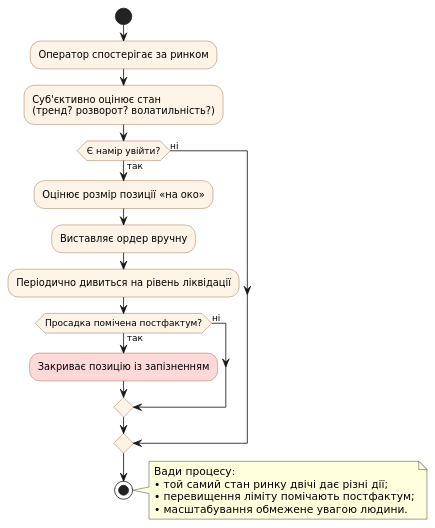
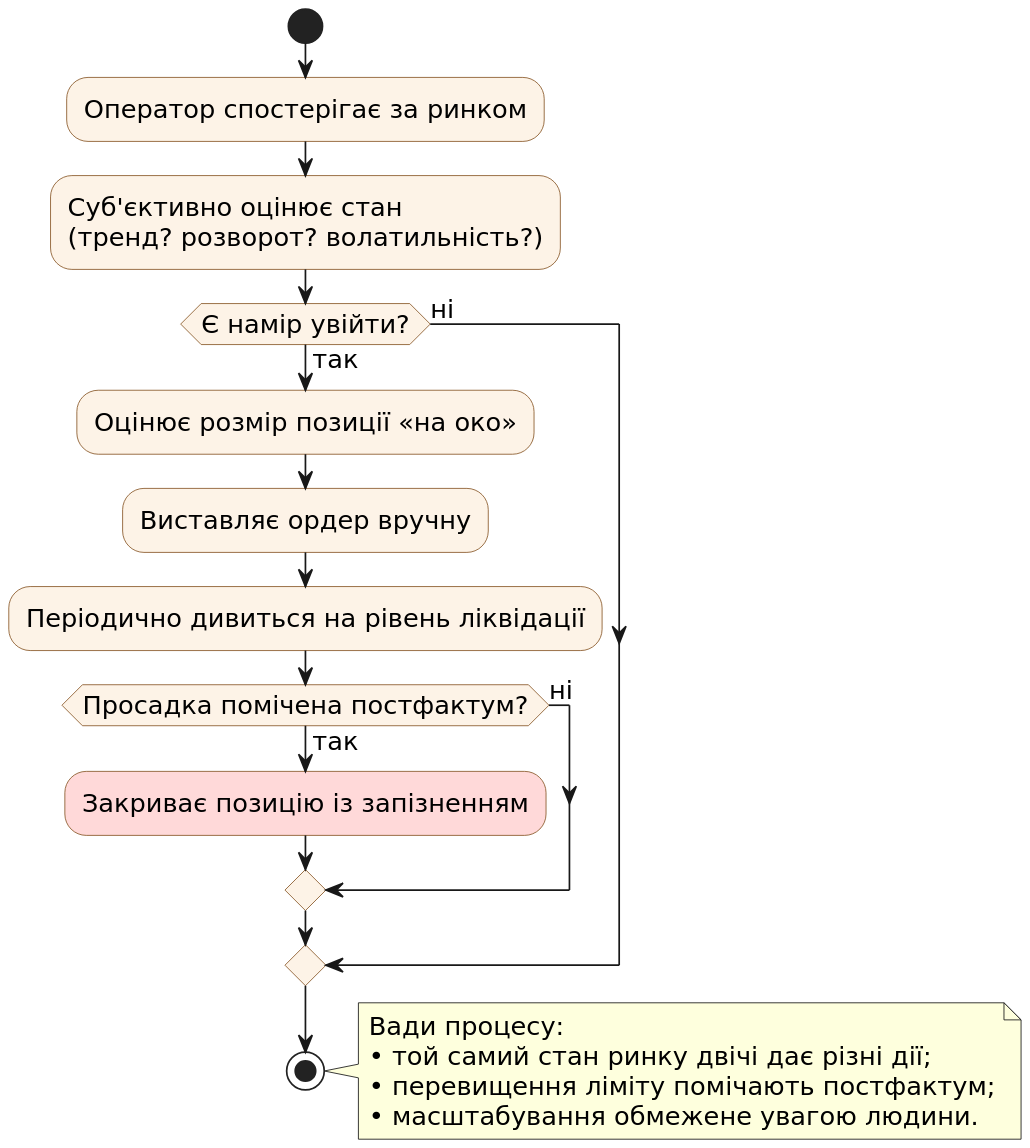
The diagram in docs/diagrams/bpmn/as_is_manual.puml (AndrZhuk/FuzzHelm), drawn with PlantUML before and after one commit. The commit also changed 15 other files, not shown here.

First line of the commit message:
Diagrams: re-lay out for print (legible on a portrait A4 page)

```diff
--- a/docs/diagrams/bpmn/as_is_manual.puml
+++ b/docs/diagrams/bpmn/as_is_manual.puml
@@ -1,31 +1,33 @@
 @startuml
 ' Модель «як є»: ручна маржинальна торгівля (нотація у стилі BPMN).
 ' Найменування: docs/diagrams/bpmn/as_is_manual.puml
 ' Призначення: показати три системні вади ручного процесу — невідтворюваність рішення,
 '     реактивний контроль ризику, обмеження масштабування. Звіт §2.1.
 ' Автор: Андрій Жук, 2026.
+skinparam dpi 200
 skinparam defaultFontName "DejaVu Sans"
+skinparam defaultFontSize 15
 skinparam activityBorderColor #8A5A2B
 skinparam activityBackgroundColor #FDF3E7
 start
 :Оператор спостерігає за ринком;
 :Суб'єктивно оцінює стан
 (тренд? розворот? волатильність?);
 if (Є намір увійти?) then (так)
   :Оцінює розмір позиції «на око»;
   :Виставляє ордер вручну;
   :Періодично дивиться на рівень ліквідації;
   if (Просадка помічена постфактум?) then (так)
     #FFD9D9:Закриває позицію із запізненням;
   else (ні)
   endif
 else (ні)
 endif
 stop
 note right
   Вади процесу:
   • той самий стан ринку двічі дає різні дії;
   • перевищення ліміту помічають постфактум;
   • масштабування обмежене увагою людини.
 end note
 @enduml
```
